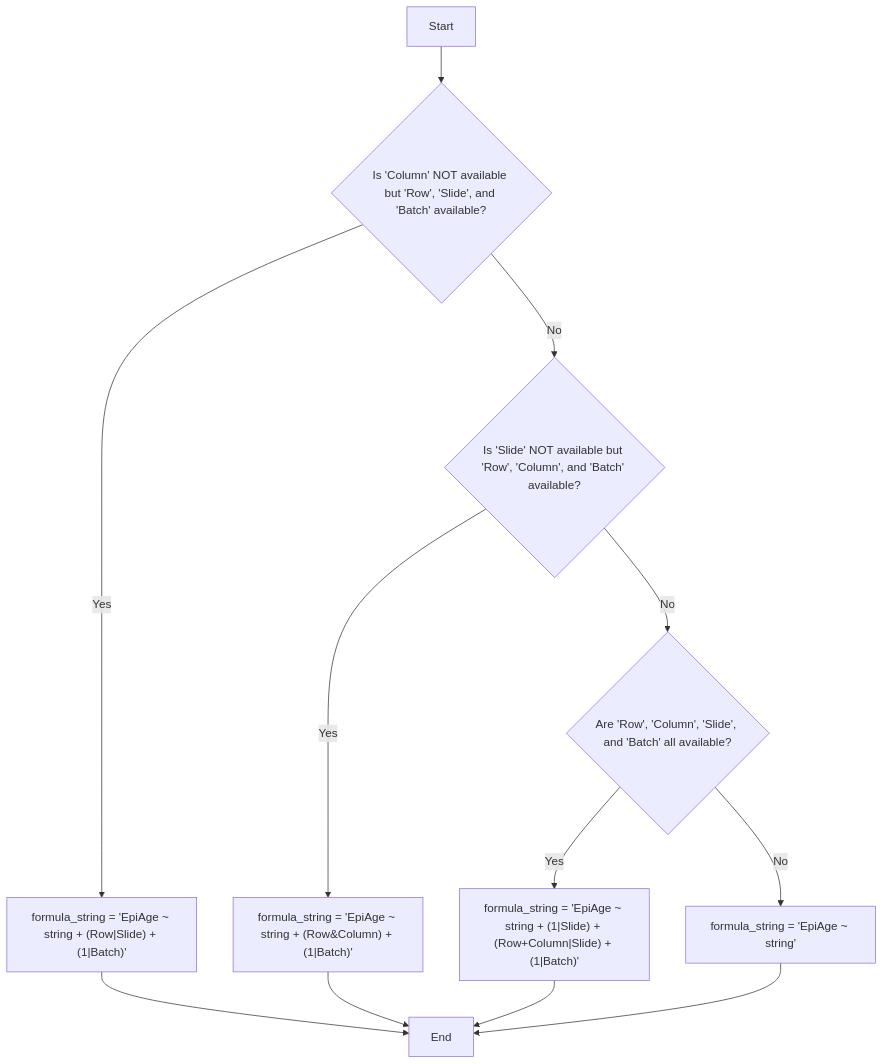
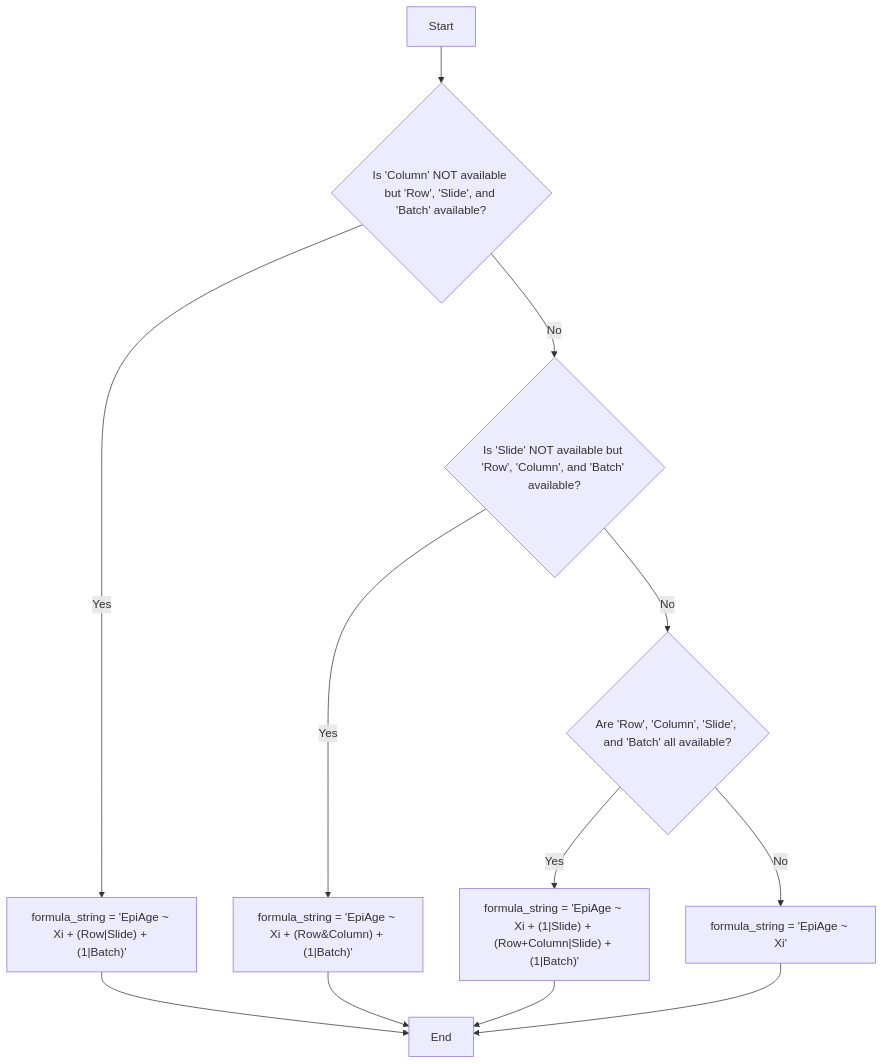
One commit to CastellaniLab/EpigeneticAgePipeline changed the diagram in README.md. Above: the diagram before and after it, drawn with Mermaid. The commit also changed 3 other files, not shown here.

````diff
--- a/README.md
+++ b/README.md
@@ -141,24 +141,24 @@
 ```mermaid
 graph TD
     A["Start"]
     B{"Is 'Column' NOT available but 'Row', 'Slide', and 'Batch' available?"}
     C{"Is 'Slide' NOT available but 'Row', 'Column', and 'Batch' available?"}
     D{"Are 'Row', 'Column', 'Slide', and 'Batch' all available?"}
-    E["formula_string = 'EpiAge ~ string + (Row|Slide) + (1|Batch)'"]
-    F["formula_string = 'EpiAge ~ string + (Row&Column) + (1|Batch)'"]
-    G["formula_string = 'EpiAge ~ string + (1|Slide) + (Row+Column|Slide) + (1|Batch)'"]
-    H["formula_string = 'EpiAge ~ string'"]
+    E["formula_string = 'EpiAge ~ Xi + (Row|Slide) + (1|Batch)'"]
+    F["formula_string = 'EpiAge ~ Xi + (Row&Column) + (1|Batch)'"]
+    G["formula_string = 'EpiAge ~ Xi + (1|Slide) + (Row+Column|Slide) + (1|Batch)'"]
+    H["formula_string = 'EpiAge ~ Xi'"]
     I["End"]
 
     A --> B
     B -->|Yes| E
     B -->|No| C
     C -->|Yes| F
     C -->|No| D
     D -->|Yes| G
     D -->|No| H
     E --> I
     F --> I
     G --> I
     H --> I
 ```
````
